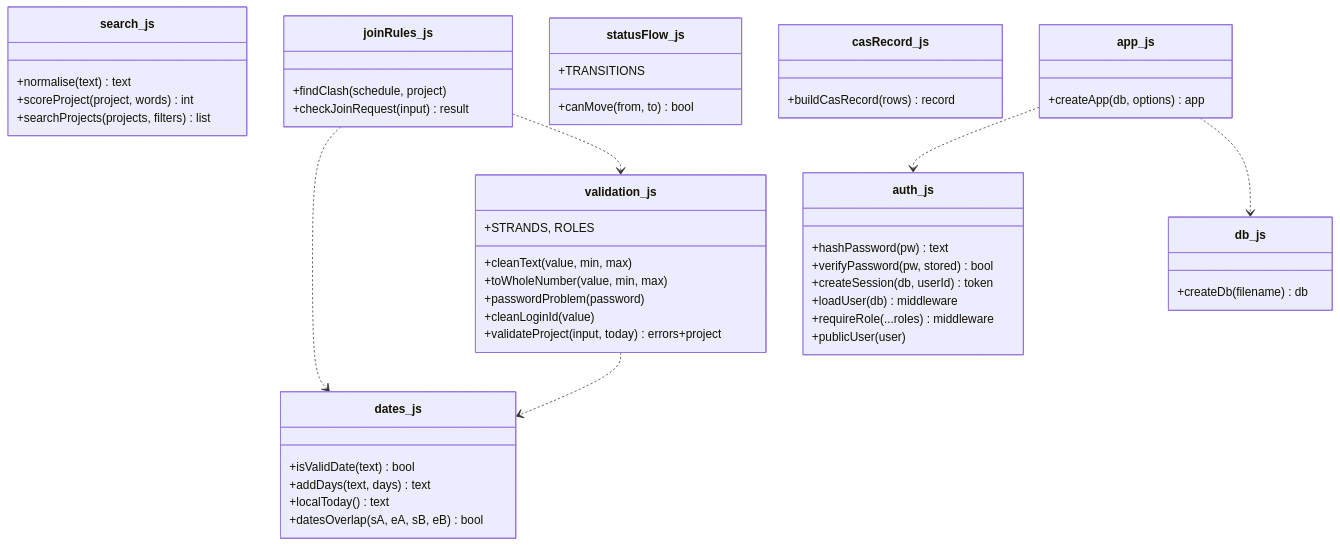
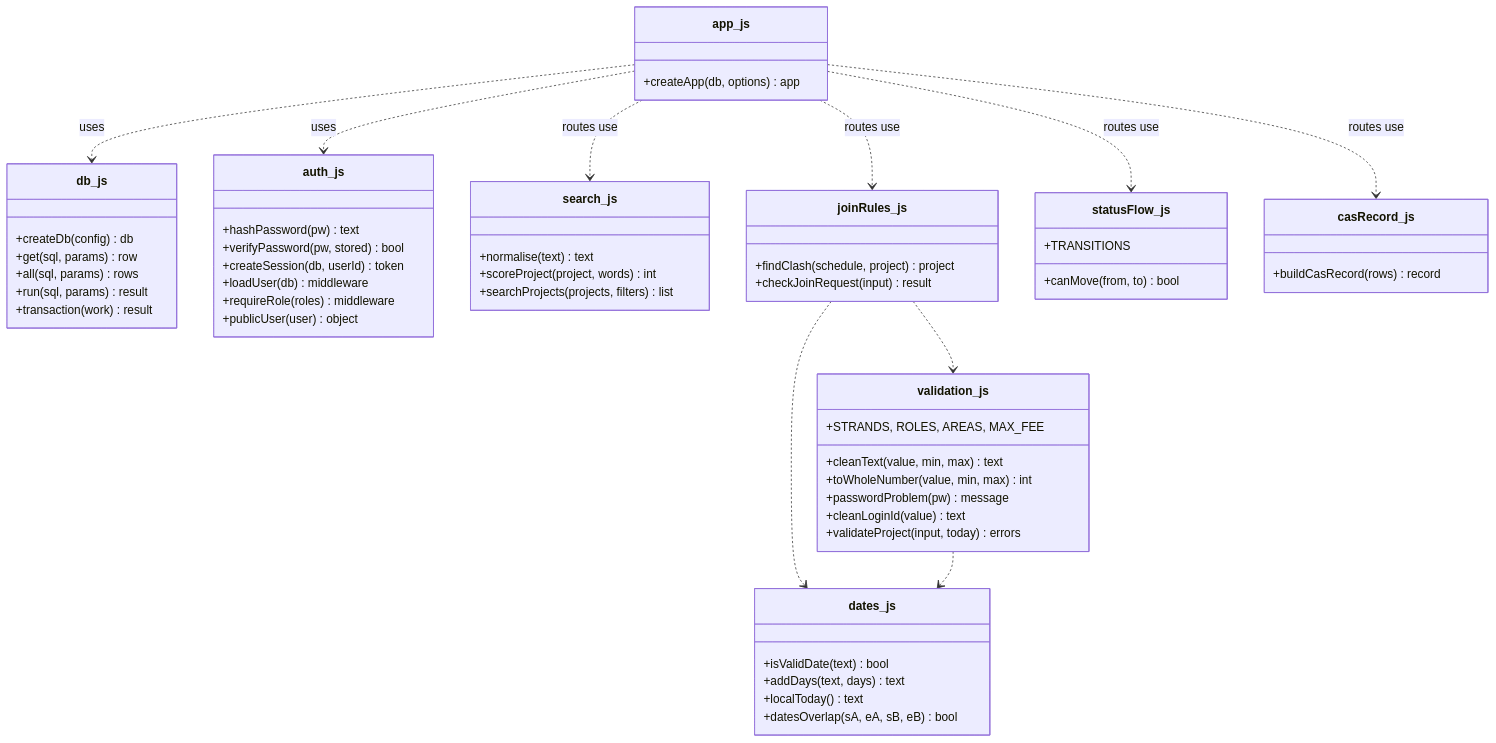
One commit to Jainil57/CAS-ACTIVITIES-FINDER- changed the diagram in docs/diagrams/c7-modules.mmd. Above: the diagram before and after it, drawn with Mermaid. The commit also changed 1 other file, not shown here.

Commit message:
Redraw module diagram with current functions at high resolution
Claude-Session: https://claude.ai/code/session_01H9Fh8kikc4f3F12t1XDvQH

```diff
--- a/docs/diagrams/c7-modules.mmd
+++ b/docs/diagrams/c7-modules.mmd
@@ -1,50 +1,59 @@
 classDiagram
-  class dates_js {
-    +isValidDate(text) bool
-    +addDays(text, days) text
-    +localToday() text
-    +datesOverlap(sA, eA, sB, eB) bool
+  direction TB
+  class app_js {
+    +createApp(db, options) app
   }
-  class validation_js {
-    +STRANDS, ROLES
-    +cleanText(value, min, max)
-    +toWholeNumber(value, min, max)
-    +passwordProblem(password)
-    +cleanLoginId(value)
-    +validateProject(input, today) errors+project
+  class db_js {
+    +createDb(config) db
+    +get(sql, params) row
+    +all(sql, params) rows
+    +run(sql, params) result
+    +transaction(work) result
   }
   class auth_js {
     +hashPassword(pw) text
     +verifyPassword(pw, stored) bool
     +createSession(db, userId) token
     +loadUser(db) middleware
-    +requireRole(...roles) middleware
-    +publicUser(user)
+    +requireRole(roles) middleware
+    +publicUser(user) object
   }
   class search_js {
     +normalise(text) text
     +scoreProject(project, words) int
     +searchProjects(projects, filters) list
   }
   class joinRules_js {
-    +findClash(schedule, project)
+    +findClash(schedule, project) project
     +checkJoinRequest(input) result
   }
   class statusFlow_js {
     +TRANSITIONS
     +canMove(from, to) bool
   }
   class casRecord_js {
     +buildCasRecord(rows) record
   }
-  class db_js {
-    +createDb(filename) db
+  class validation_js {
+    +STRANDS, ROLES, AREAS, MAX_FEE
+    +cleanText(value, min, max) text
+    +toWholeNumber(value, min, max) int
+    +passwordProblem(pw) message
+    +cleanLoginId(value) text
+    +validateProject(input, today) errors
   }
-  class app_js {
-    +createApp(db, options) app
+  class dates_js {
+    +isValidDate(text) bool
+    +addDays(text, days) text
+    +localToday() text
+    +datesOverlap(sA, eA, sB, eB) bool
   }
-  app_js ..> auth_js
-  app_js ..> db_js
+  app_js ..> auth_js : uses
+  app_js ..> db_js : uses
+  app_js ..> search_js : routes use
+  app_js ..> joinRules_js : routes use
+  app_js ..> statusFlow_js : routes use
+  app_js ..> casRecord_js : routes use
+  joinRules_js ..> validation_js
   joinRules_js ..> dates_js
-  joinRules_js ..> validation_js
   validation_js ..> dates_js
```
